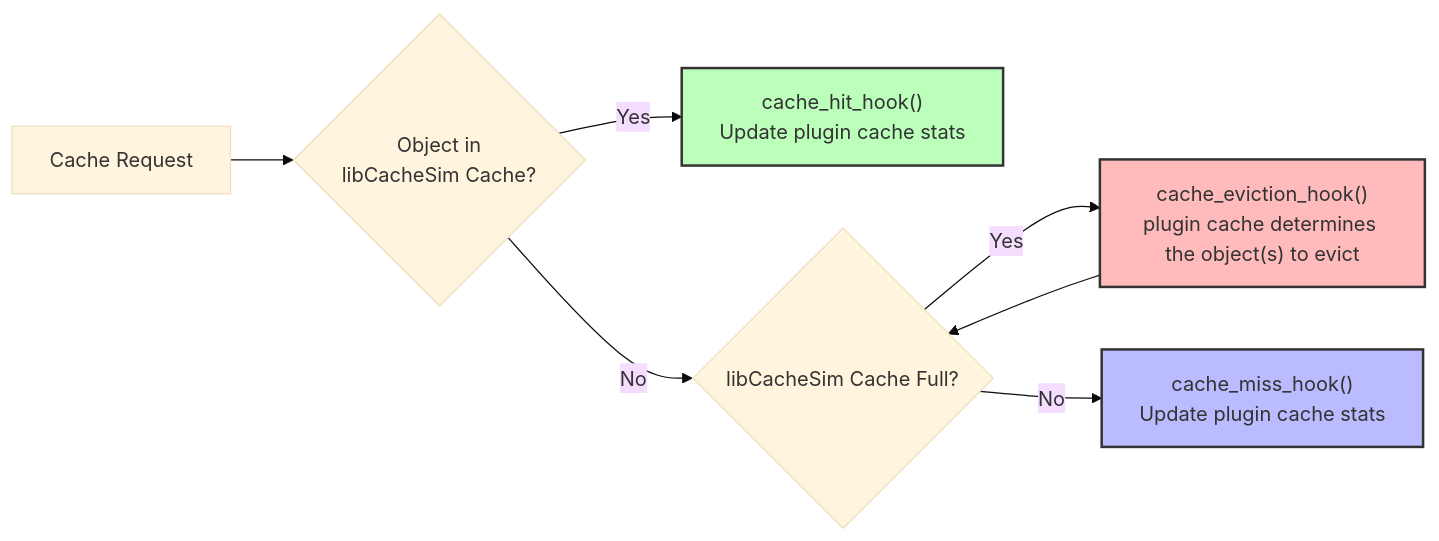
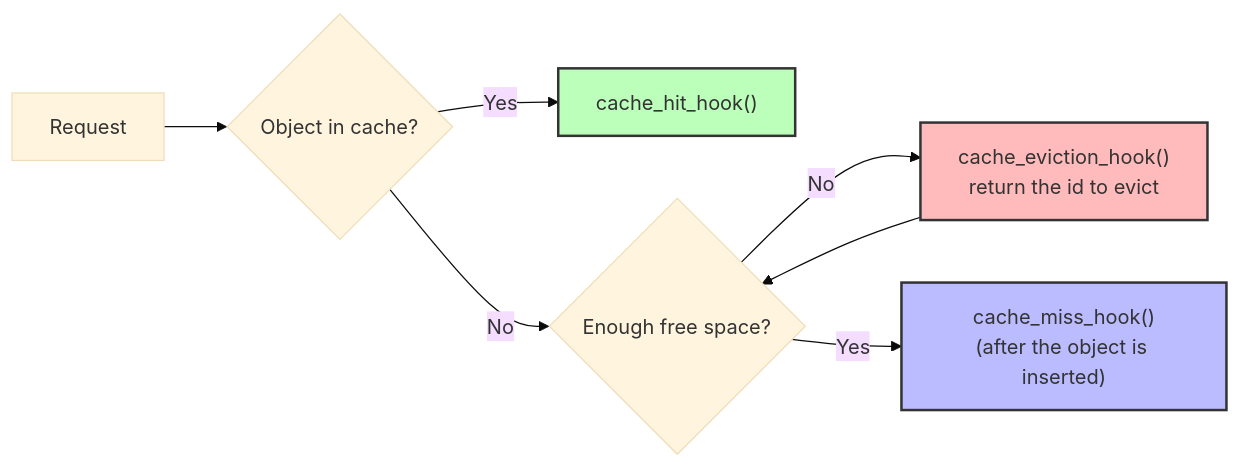
The diagram in doc/quickstart_plugin.md (1a1a11a/libCacheSim), drawn with Mermaid (base theme) before and after one commit. The commit also changed other lines of this file and 18 other files, not shown here.

````diff
--- a/doc/quickstart_plugin.md
+++ b/doc/quickstart_plugin.md
@@ -13,13 +18,13 @@
 ```mermaid
 graph LR
-    C[Cache Request] --> D{Object in<br/>libCacheSim Cache?}
-    D -->|Yes| E["cache_hit_hook()<br/>Update plugin cache stats"]
-    D -->|No| F{libCacheSim Cache Full?}
-    F -->|Yes| G["cache_eviction_hook()<br/>plugin cache determines the object(s) to evict"]
-    F -->|No| H["cache_miss_hook()<br/>Update plugin cache stats"]
-    G --> F
+    R[Request] --> D{Object in cache?}
+    D -->|Yes| H["cache_hit_hook()"]
+    D -->|No| F{Enough free space?}
+    F -->|No| E["cache_eviction_hook()<br/>return the id to evict"]
+    E --> F
+    F -->|Yes| M["cache_miss_hook()<br/>(after the object is inserted)"]
 
-    style E fill:#bfb,stroke:#333,stroke-width:2px
-    style G fill:#fbb,stroke:#333,stroke-width:2px
-    style H fill:#bbf,stroke:#333,stroke-width:2px
+    style H fill:#bfb,stroke:#333,stroke-width:2px
+    style E fill:#fbb,stroke:#333,stroke-width:2px
+    style M fill:#bbf,stroke:#333,stroke-width:2px
 ```
````
